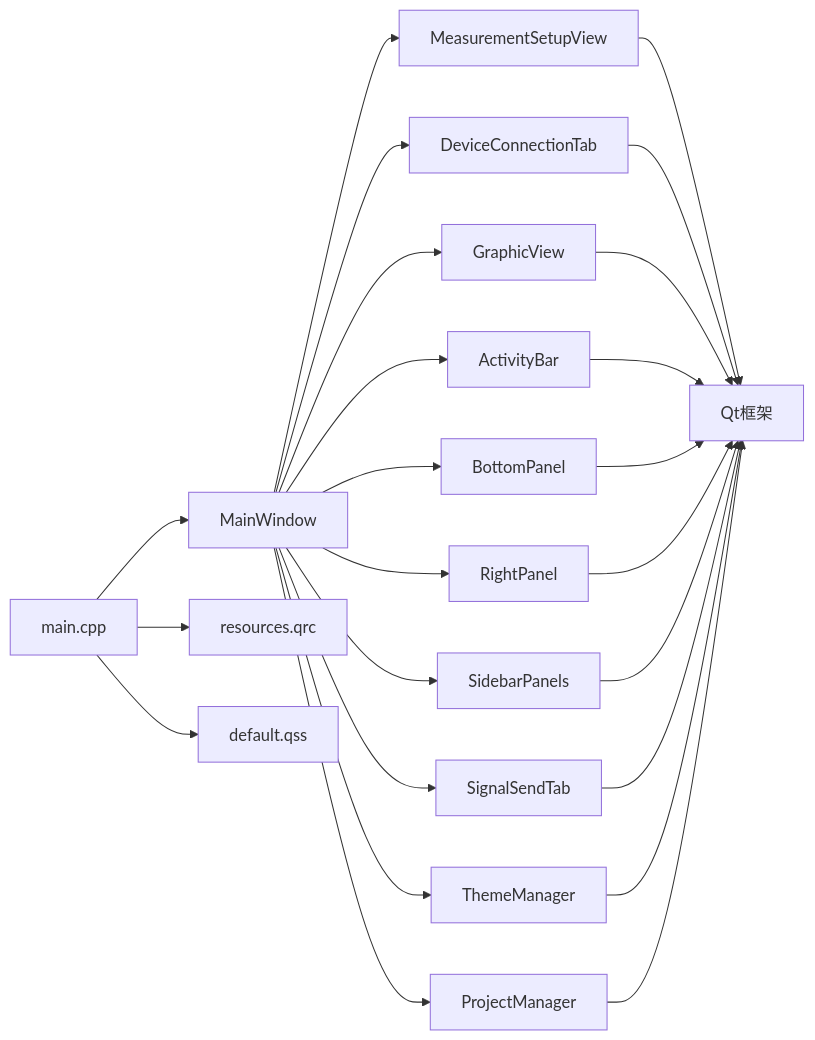
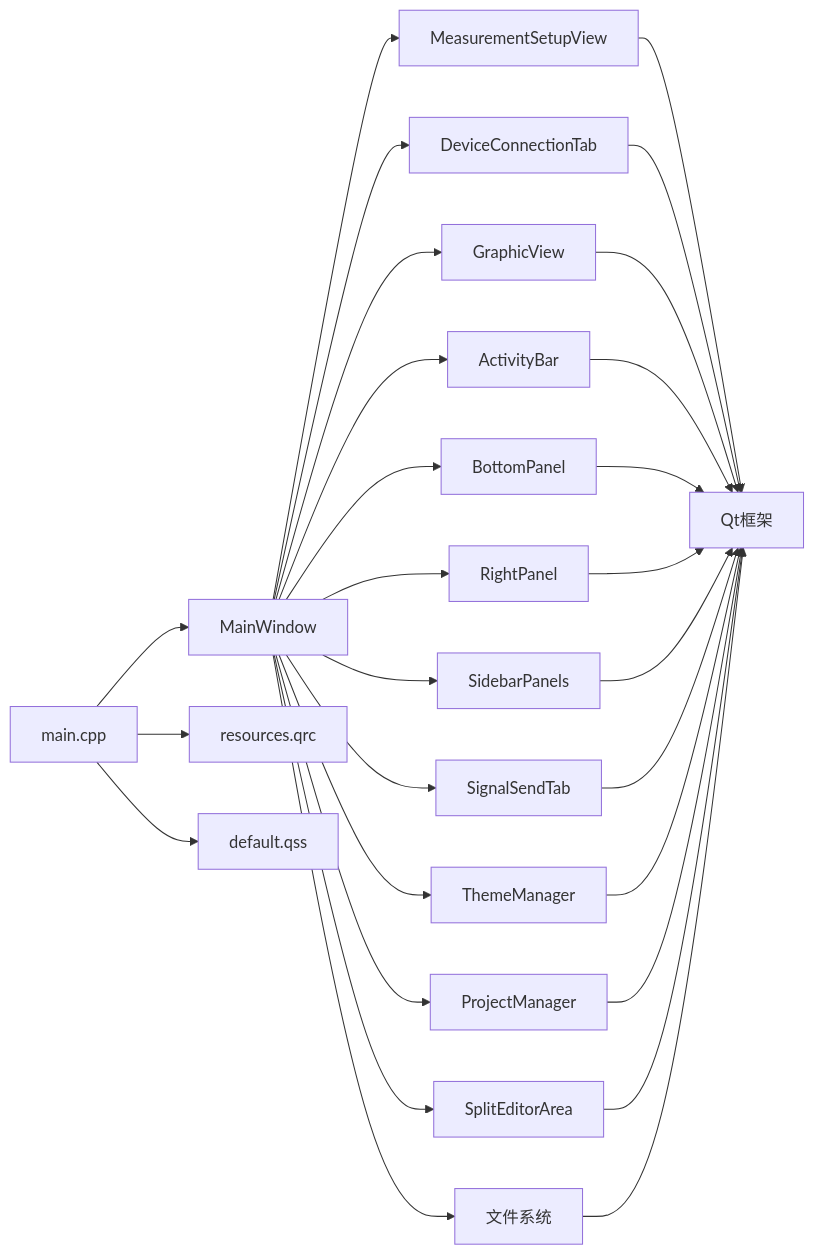
The fourth of 4 diagrams in .qoder/repowiki/zh/content/架构设计/主窗口组件架构.md (jakecai1225-design/OpenBus), drawn with Mermaid before and after one commit. The commit also changed other lines of this file and 9 other files, not shown here.

````diff
--- a/.qoder/repowiki/zh/content/架构设计/主窗口组件架构.md
+++ b/.qoder/repowiki/zh/content/架构设计/主窗口组件架构.md
@@ -560,26 +625,30 @@
 ```mermaid
 graph LR
 Main["main.cpp"] --> MW["MainWindow"]
 MW --> MSV["MeasurementSetupView"]
 MW --> DCT["DeviceConnectionTab"]
 MW --> GV["GraphicView"]
 MW --> AB["ActivityBar"]
 MW --> BP["BottomPanel"]
 MW --> RP["RightPanel"]
 MW --> SP["SidebarPanels"]
 MW --> TAB["SignalSendTab"]
 MW --> TM["ThemeManager"]
 MW --> PM["ProjectManager"]
+MW --> SEA["SplitEditorArea"]
+MW --> FS["文件系统"]
 MSV --> Qt["Qt框架"]
 DCT --> Qt
 GV --> Qt
 AB --> Qt
 BP --> Qt
 RP --> Qt
 SP --> Qt
 TAB --> Qt
 TM --> Qt
 PM --> Qt
+SEA --> Qt
+FS --> Qt
 Main --> Res["resources.qrc"]
 Main --> QSS["default.qss"]
 ```
````
